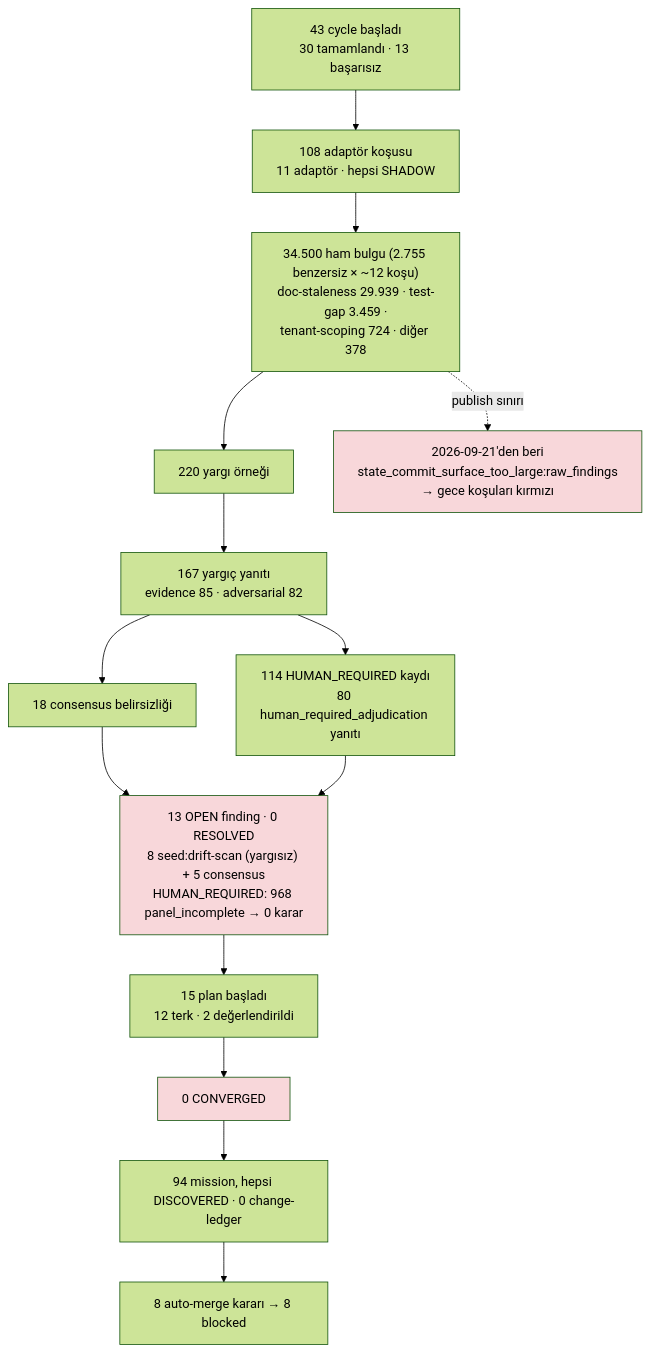
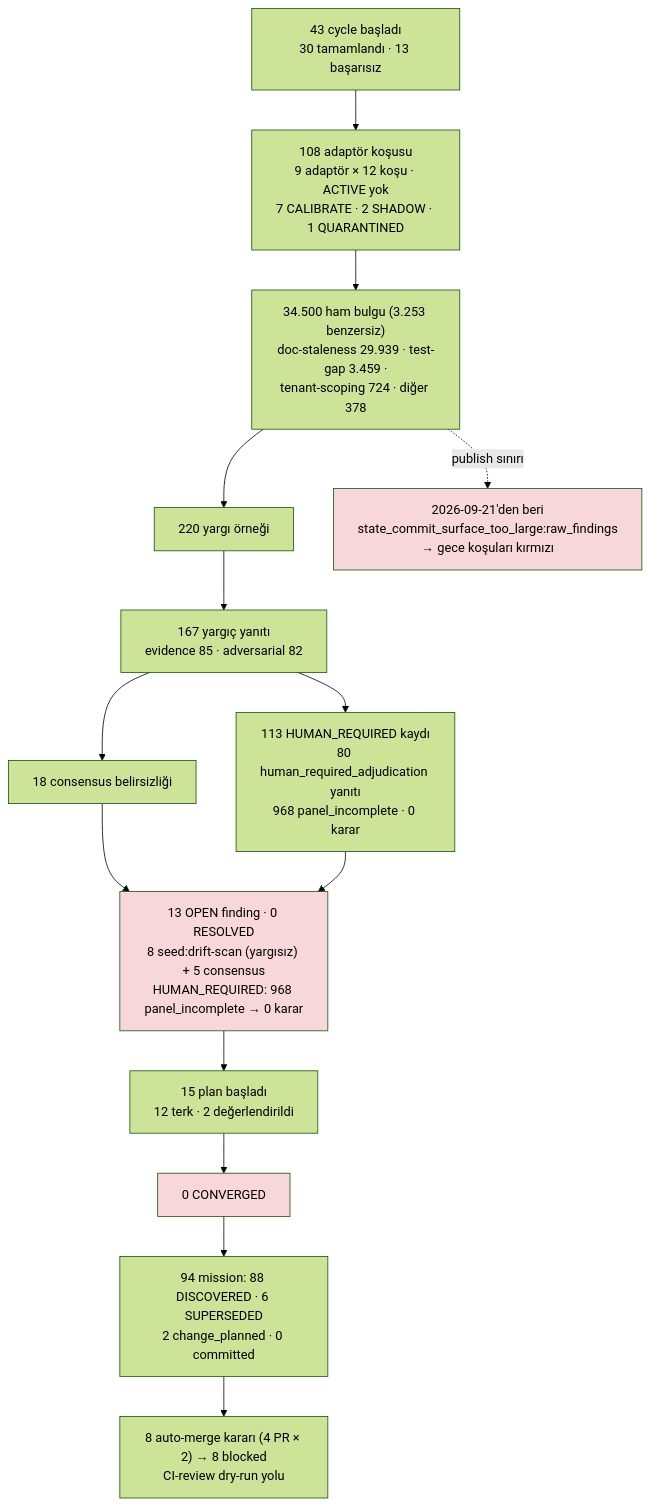
Before and after one commit to Okan-wqm/aquaculture_platform: diagram 23 of 25 in ARIA-MIMARI-SEMALARI.md, drawn with Mermaid (forest theme). The commit also changed other lines of this file and 14 other files, not shown here.

````diff
--- a/ARIA-MIMARI-SEMALARI.md
+++ b/ARIA-MIMARI-SEMALARI.md
@@ -906,18 +909,18 @@
 ```mermaid
 flowchart TD
-    A["43 cycle başladı<br/>30 tamamlandı · 13 başarısız"] --> B["108 adaptör koşusu<br/>11 adaptör · hepsi SHADOW"]
-    B --> C["34.500 ham bulgu (2.755 benzersiz × ~12 koşu)<br/>doc-staleness 29.939 · test-gap 3.459 ·<br/>tenant-scoping 724 · diğer 378"]
+    A["43 cycle başladı<br/>30 tamamlandı · 13 başarısız"] --> B["108 adaptör koşusu<br/>9 adaptör × 12 koşu · ACTIVE yok<br/>7 CALIBRATE · 2 SHADOW · 1 QUARANTINED"]
+    B --> C["34.500 ham bulgu (3.253 benzersiz)<br/>doc-staleness 29.939 · test-gap 3.459 ·<br/>tenant-scoping 724 · diğer 378"]
     C --> D["220 yargı örneği"]
     D --> E["167 yargıç yanıtı<br/>evidence 85 · adversarial 82"]
     E --> F["18 consensus belirsizliği"]
-    E --> G["114 HUMAN_REQUIRED kaydı<br/>80 human_required_adjudication yanıtı"]
+    E --> G["113 HUMAN_REQUIRED kaydı<br/>80 human_required_adjudication yanıtı<br/>968 panel_incomplete · 0 karar"]
     F & G --> H["13 OPEN finding · 0 RESOLVED<br/>8 seed:drift-scan (yargısız) + 5 consensus<br/>HUMAN_REQUIRED: 968 panel_incomplete → 0 karar"]
     H --> I["15 plan başladı<br/>12 terk · 2 değerlendirildi"]
     I --> J["0 CONVERGED"]
-    J --> K["94 mission, hepsi DISCOVERED · 0 change-ledger"]
-    K --> L["8 auto-merge kararı → 8 blocked"]
+    J --> K["94 mission: 88 DISCOVERED · 6 SUPERSEDED<br/>2 change_planned · 0 committed"]
+    K --> L["8 auto-merge kararı (4 PR × 2) → 8 blocked<br/>CI-review dry-run yolu"]
     C -.publish sınırı.-> X["2026-09-21'den beri<br/>state_commit_surface_too_large:raw_findings<br/>→ gece koşuları kırmızı"]
     style H fill:#f8d7da
     style J fill:#f8d7da
     style X fill:#f8d7da
 ```
````
